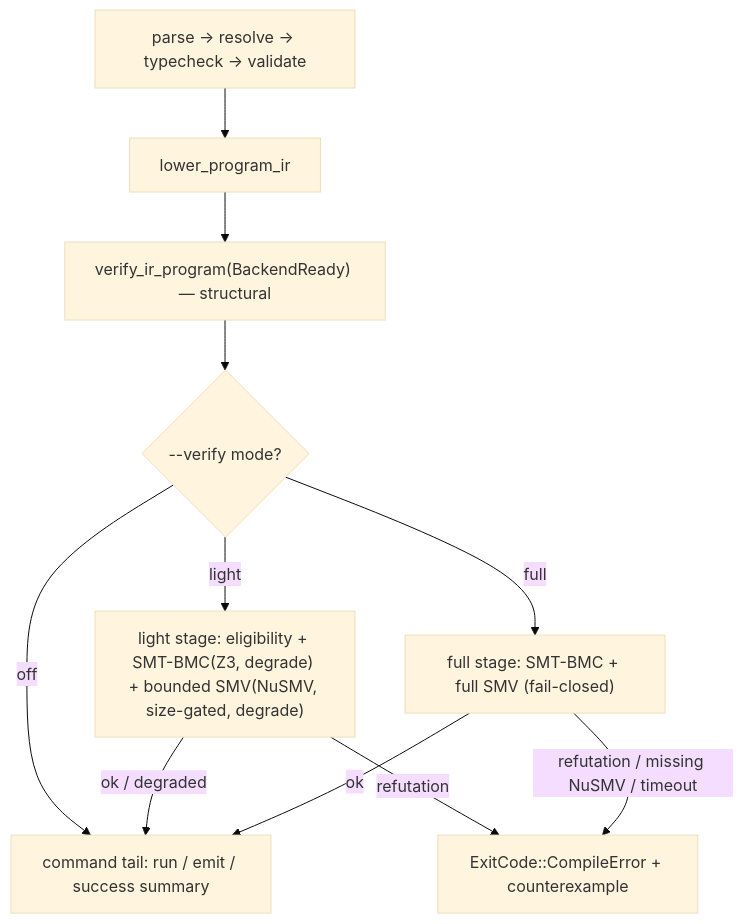
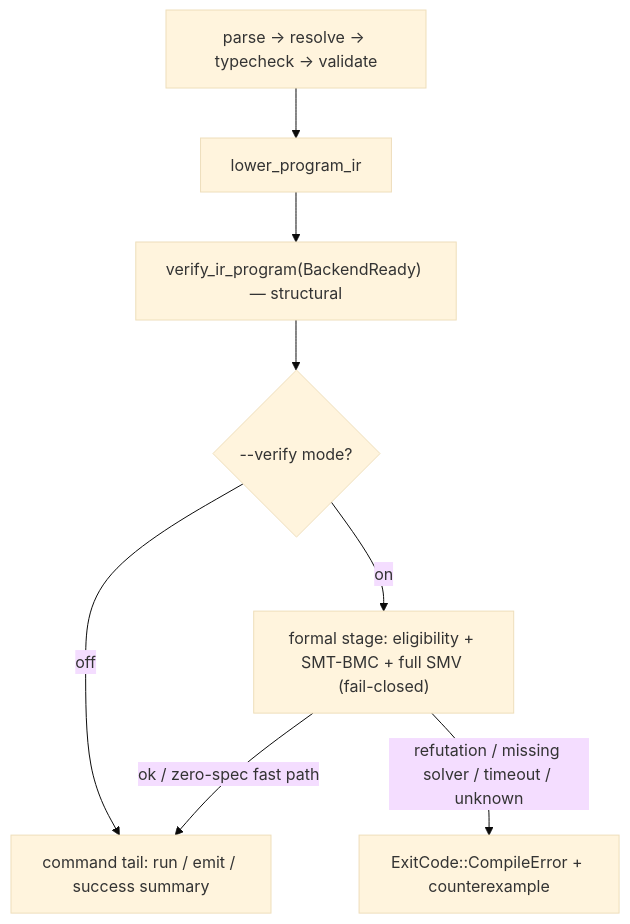
The diagram in docs/rfcs/0028-default-pipeline-formal-verification.zh.md (Zzzode/AHFL), drawn with Mermaid (base theme) before and after one commit. The commit also changed other lines of this file and 22 other files, not shown here.

First line of the commit message:
refactor(cli): unify formal verification to fail-closed --verify=<off|on> (RFC 0028)

````diff
--- a/docs/rfcs/0028-default-pipeline-formal-verification.zh.md
+++ b/docs/rfcs/0028-default-pipeline-formal-verification.zh.md
@@ -109,13 +107,10 @@
 ```mermaid
 flowchart TD
     P["parse → resolve → typecheck → validate"] --> L["lower_program_ir"]
     L --> SV["verify_ir_program(BackendReady) — structural"]
     SV --> FV{"--verify mode?"}
     FV -->|off| TAIL["command tail: run / emit / success summary"]
-    FV -->|light| LIGHT["light stage: eligibility + SMT-BMC(Z3, degrade) + bounded SMV(NuSMV, size-gated, degrade)"]
-    FV -->|full| FULL["full stage: SMT-BMC + full SMV (fail-closed)"]
-    LIGHT -->|refutation| FAIL["ExitCode::CompileError + counterexample"]
-    FULL -->|refutation / missing NuSMV / timeout| FAIL
-    LIGHT -->|ok / degraded| TAIL
-    FULL -->|ok| TAIL
+    FV -->|on| ON["formal stage: eligibility + SMT-BMC + full SMV (fail-closed)"]
+    ON -->|refutation / missing solver / timeout / unknown| FAIL["ExitCode::CompileError + counterexample"]
+    ON -->|ok / zero-spec fast path| TAIL
 ```
````
